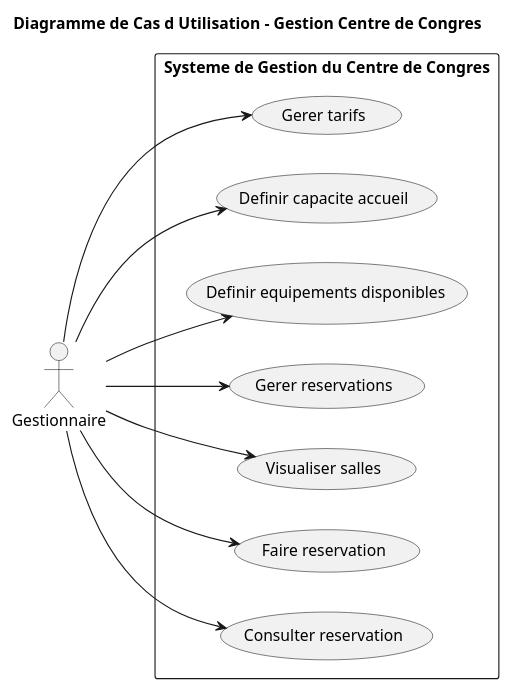
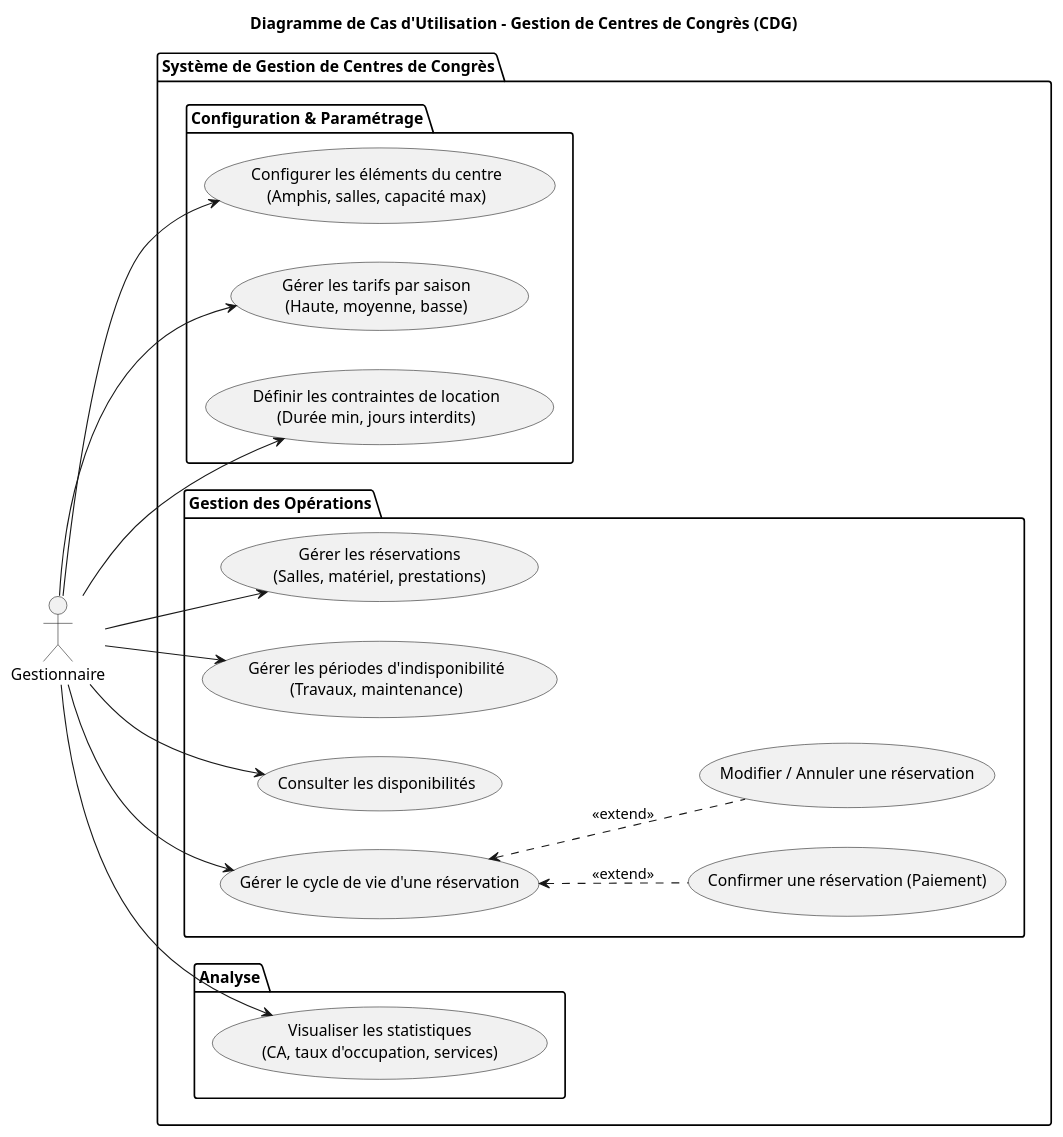
Before and after one commit to Mm-cmd-ui/Projet-BMO-Gestion-de-Centres-de-Congr-s-ANDRE-Marceau-JOVE-Ethan-: the diagram in Cas_Utilisation/README.md, drawn with PlantUML.

Commit message:
Update use case diagram for conference center management

```diff
--- a/Cas_Utilisation/README.md
+++ b/Cas_Utilisation/README.md
@@ -1,26 +1,43 @@
 @startuml
+title Diagramme de Cas d'Utilisation - Gestion de Centres de Congrès (CDG)
+
 left to right direction
-title Diagramme de Cas d Utilisation - Gestion Centre de Congres
 
-actor Gestionnaire
+actor "Gestionnaire" as G
 
-rectangle "Systeme de Gestion du Centre de Congres" {
+package "Système de Gestion de Centres de Congrès" {
+    
+    package "Configuration & Paramétrage" {
+        usecase "Configurer les éléments du centre\n(Amphis, salles, capacité max)" as UC_Config
+        usecase "Gérer les tarifs par saison\n(Haute, moyenne, basse)" as UC_Tarifs
+        usecase "Définir les contraintes de location\n(Durée min, jours interdits)" as UC_Contraintes
+    }
 
-    (Gerer tarifs) as UC1
-    (Definir capacite accueil) as UC2
-    (Definir equipements disponibles) as UC3
-    (Gerer reservations) as UC4
-    (Visualiser salles) as UC5
-    (Faire reservation) as UC6
-    (Consulter reservation) as UC7
+    package "Gestion des Opérations" {
+        usecase "Gérer les réservations\n(Salles, matériel, prestations)" as UC_Reserver
+        usecase "Gérer les périodes d'indisponibilité\n(Travaux, maintenance)" as UC_Indispo
+        usecase "Consulter les disponibilités" as UC_Dispo
+        
+        usecase "Gérer le cycle de vie d'une réservation" as UC_Cycle
+        usecase "Confirmer une réservation (Paiement)" as UC_Pay
+        usecase "Modifier / Annuler une réservation" as UC_Modif
+    }
+
+    package "Analyse" {
+        usecase "Visualiser les statistiques\n(CA, taux d'occupation, services)" as UC_Stats
+    }
 }
 
-Gestionnaire --> UC1
-Gestionnaire --> UC2
-Gestionnaire --> UC3
-Gestionnaire --> UC4
-Gestionnaire --> UC5
-Gestionnaire --> UC6
-Gestionnaire --> UC7
+G --> UC_Config
+G --> UC_Tarifs
+G --> UC_Contraintes
+G --> UC_Reserver
+G --> UC_Indispo
+G --> UC_Dispo
+G --> UC_Cycle
+G --> UC_Stats
+
+UC_Cycle <.. UC_Pay : <<extend>>
+UC_Cycle <.. UC_Modif : <<extend>>
 
 @enduml
```
